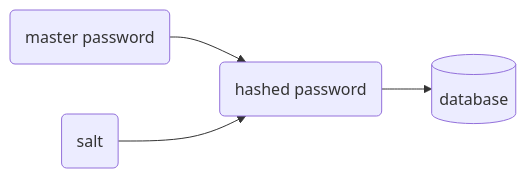
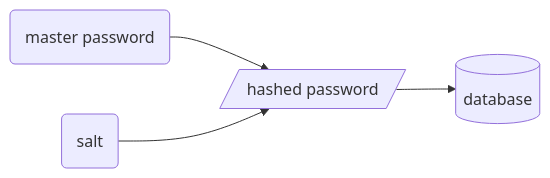
One commit to pxp888/passcodes changed the first of 6 diagrams in README.md. Above: the diagram before and after it, drawn with Mermaid. The commit also changed other lines of this file and 3 other files, not shown here.

```diff
--- a/README.md
+++ b/README.md
@@ -55,7 +55,7 @@
 ~~~mermaid
     graph LR
     mp(master password)
     sp(salt)
-    hp(hashed password)
+    hp[/hashed password/]
     mp & sp -->hp-->db[(database)]
 ~~~
```
